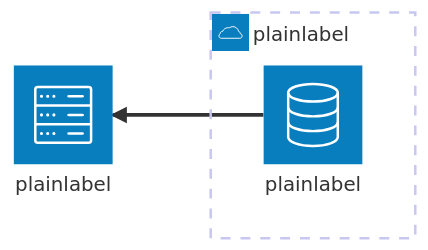
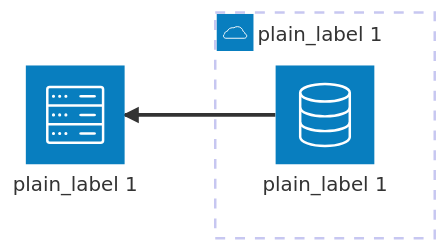
The diagram in doc/edgecase/architecture.md (nao1215/markdown), drawn with Mermaid before and after one commit. The commit also changed 4 other files, not shown here.

First line of the commit message:
docs(mermaid): state what an architecture diagram label can hold (#171)

````diff
--- a/doc/edgecase/architecture.md
+++ b/doc/edgecase/architecture.md
@@ -5,7 +5,7 @@
 ```mermaid
 architecture-beta
-    group cloudgroup(cloud)[plainlabel]
-    service api(server)[plainlabel]
-    service db(database)[plainlabel] in cloudgroup
+    group cloudgroup(cloud)[plain_label 1]
+    service api(server)[plain_label 1]
+    service db(database)[plain_label 1] in cloudgroup
     api:R >-- L:db
 ```
````
